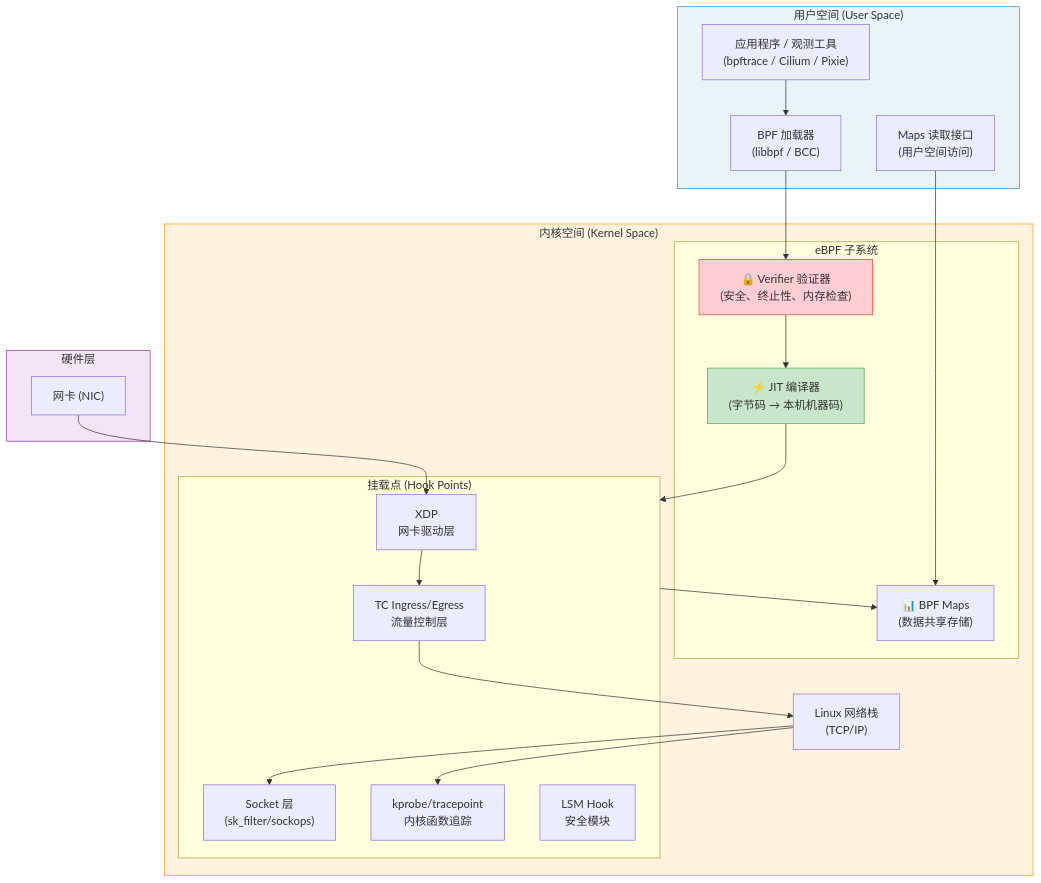
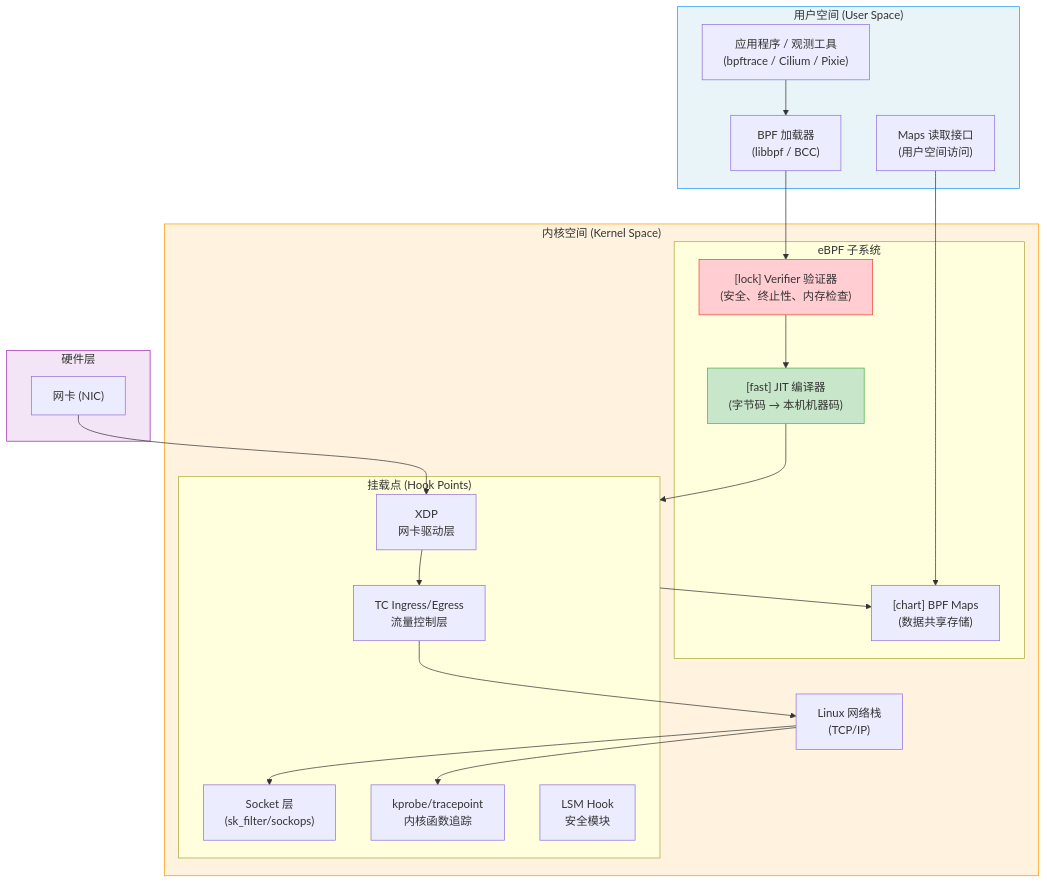
The first of 5 diagrams in docs/guide/ops/ebpf-networking.md (SKT-Shurima/NetworkMastery), drawn with Mermaid before and after one commit. The commit also changed other lines of this file and 54 other files, not shown here.

````diff
--- a/docs/guide/ops/ebpf-networking.md
+++ b/docs/guide/ops/ebpf-networking.md
@@ -46,48 +46,48 @@
 ```mermaid
 graph TB
     subgraph UserSpace["用户空间 (User Space)"]
         APP["应用程序 / 观测工具<br/>(bpftrace / Cilium / Pixie)"]
         LOADER["BPF 加载器<br/>(libbpf / BCC)"]
         MAP_USER["Maps 读取接口<br/>(用户空间访问)"]
     end
 
     subgraph KernelSpace["内核空间 (Kernel Space)"]
         subgraph BPF_SUBSYS["eBPF 子系统"]
-            VERIFIER["🔒 Verifier 验证器<br/>(安全、终止性、内存检查)"]
-            JIT["⚡ JIT 编译器<br/>(字节码 → 本机机器码)"]
-            MAPS["📊 BPF Maps<br/>(数据共享存储)"]
+            VERIFIER["[lock] Verifier 验证器<br/>(安全、终止性、内存检查)"]
+            JIT["[fast] JIT 编译器<br/>(字节码 → 本机机器码)"]
+            MAPS["[chart] BPF Maps<br/>(数据共享存储)"]
         end
 
         subgraph HOOKS["挂载点 (Hook Points)"]
             XDP["XDP<br/>网卡驱动层"]
             TC["TC Ingress/Egress<br/>流量控制层"]
             SOCKET["Socket 层<br/>(sk_filter/sockops)"]
             KPROBE["kprobe/tracepoint<br/>内核函数追踪"]
             LSM["LSM Hook<br/>安全模块"]
         end
 
         NET["Linux 网络栈<br/>(TCP/IP)"]
     end
 
     subgraph HW["硬件层"]
         NIC["网卡 (NIC)"]
     end
 
     APP --> LOADER
     LOADER --> VERIFIER
     VERIFIER --> JIT
     JIT --> HOOKS
     HOOKS --> MAPS
     MAP_USER --> MAPS
     NIC --> XDP
     XDP --> TC
     TC --> NET
     NET --> SOCKET
     NET --> KPROBE
 
     style UserSpace fill:#e8f4f8,stroke:#2196F3
     style KernelSpace fill:#fff3e0,stroke:#FF9800
     style HW fill:#f3e5f5,stroke:#9C27B0
     style VERIFIER fill:#ffcdd2,stroke:#f44336
     style JIT fill:#c8e6c9,stroke:#4CAF50
 ```
````
